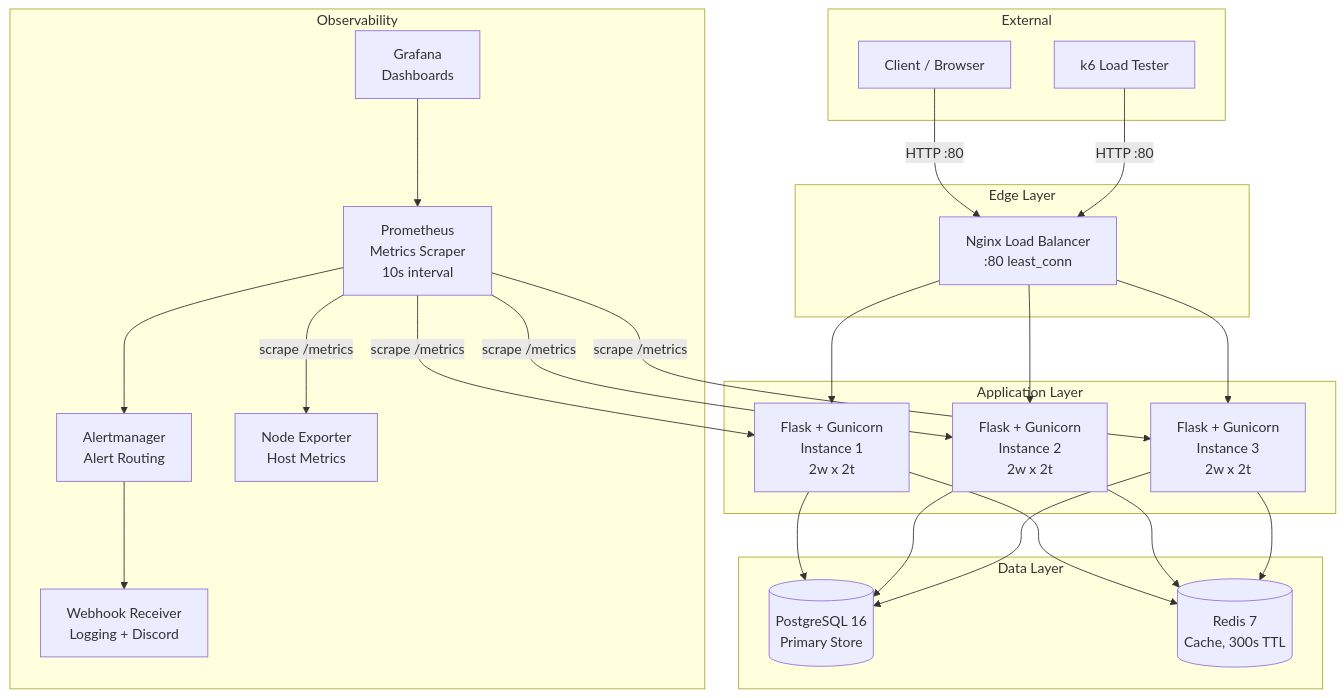
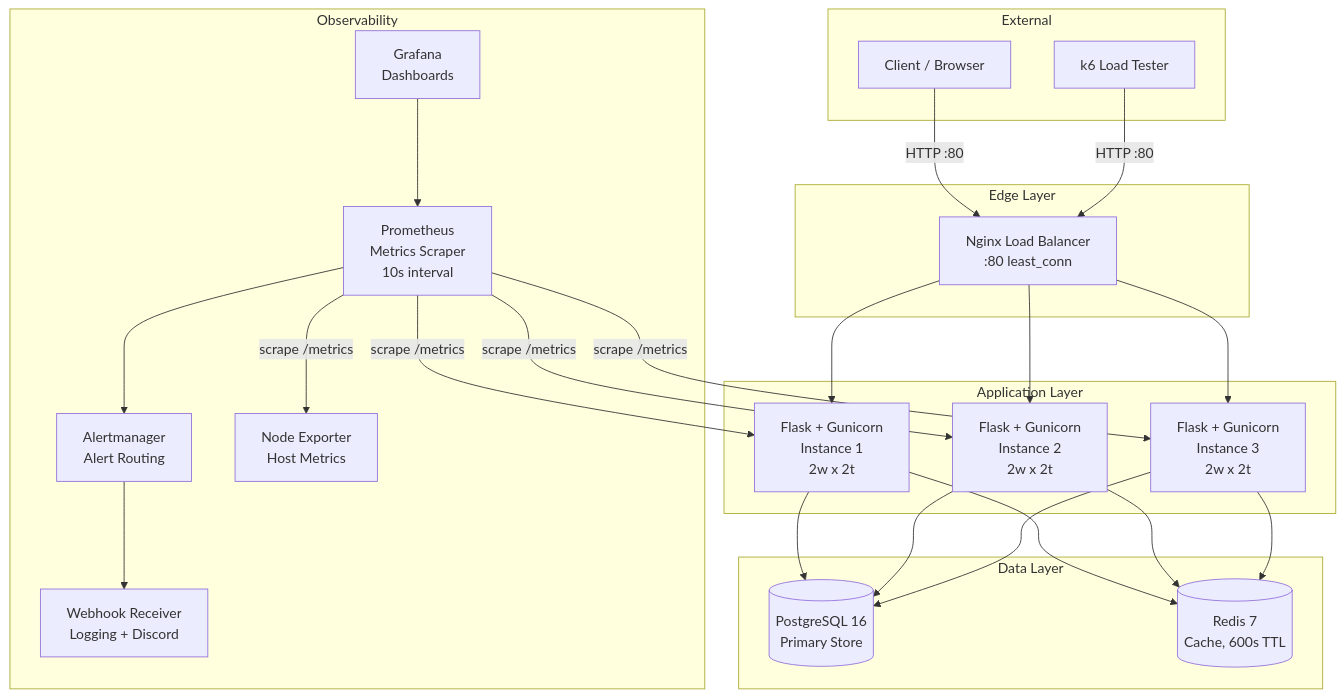
One commit to ElijahUmana/pe-hackathon changed the first of 2 diagrams in docs/architecture.md. Above: the diagram before and after it, drawn with Mermaid. The commit also changed other lines of this file and 8 other files, not shown here.

````diff
--- a/docs/architecture.md
+++ b/docs/architecture.md
@@ -5,51 +5,51 @@
 ```mermaid
 graph TB
     subgraph "External"
         Client[Client / Browser]
         K6[k6 Load Tester]
     end
 
     subgraph "Edge Layer"
         Nginx[Nginx Load Balancer<br/>:80 least_conn]
     end
 
     subgraph "Application Layer"
         App1[Flask + Gunicorn<br/>Instance 1<br/>2w x 2t]
         App2[Flask + Gunicorn<br/>Instance 2<br/>2w x 2t]
         App3[Flask + Gunicorn<br/>Instance 3<br/>2w x 2t]
     end
 
     subgraph "Data Layer"
         PG[(PostgreSQL 16<br/>Primary Store)]
-        Redis[(Redis 7<br/>Cache, 300s TTL)]
+        Redis[(Redis 7<br/>Cache, 600s TTL)]
     end
 
     subgraph "Observability"
         Prom[Prometheus<br/>Metrics Scraper<br/>10s interval]
         Grafana[Grafana<br/>Dashboards]
         AM[Alertmanager<br/>Alert Routing]
         NE[Node Exporter<br/>Host Metrics]
         WH[Webhook Receiver<br/>Logging + Discord]
     end
 
     Client -->|HTTP :80| Nginx
     K6 -->|HTTP :80| Nginx
     Nginx --> App1
     Nginx --> App2
     Nginx --> App3
 
     App1 --> PG
     App2 --> PG
     App3 --> PG
     App1 --> Redis
     App2 --> Redis
     App3 --> Redis
 
     Prom -->|scrape /metrics| App1
     Prom -->|scrape /metrics| App2
     Prom -->|scrape /metrics| App3
     Prom -->|scrape /metrics| NE
     Prom --> AM
     AM --> WH
     Grafana --> Prom
 ```
````
